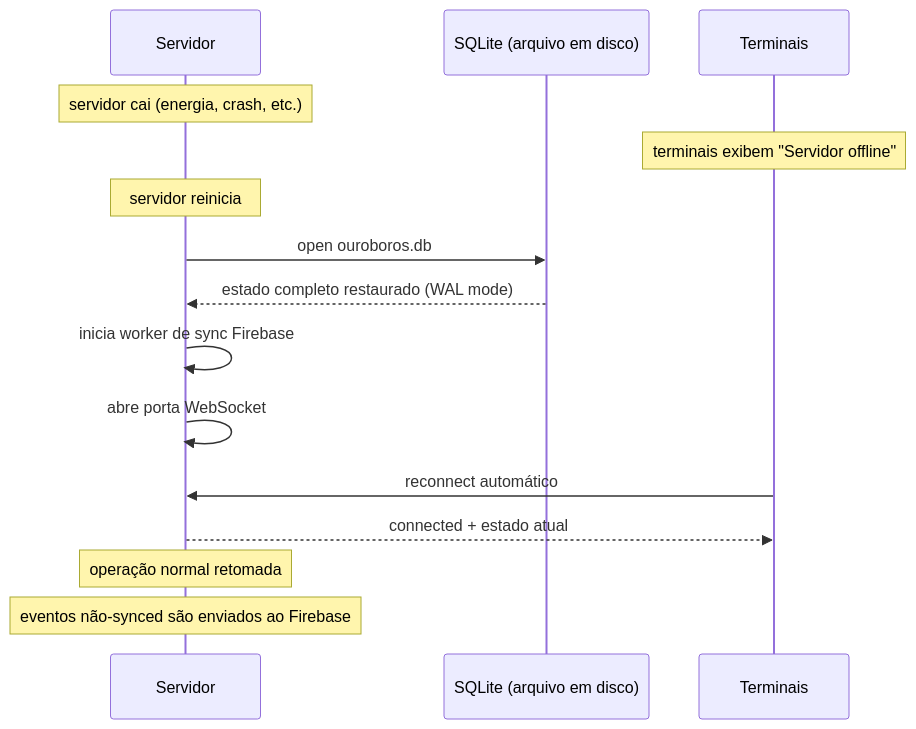
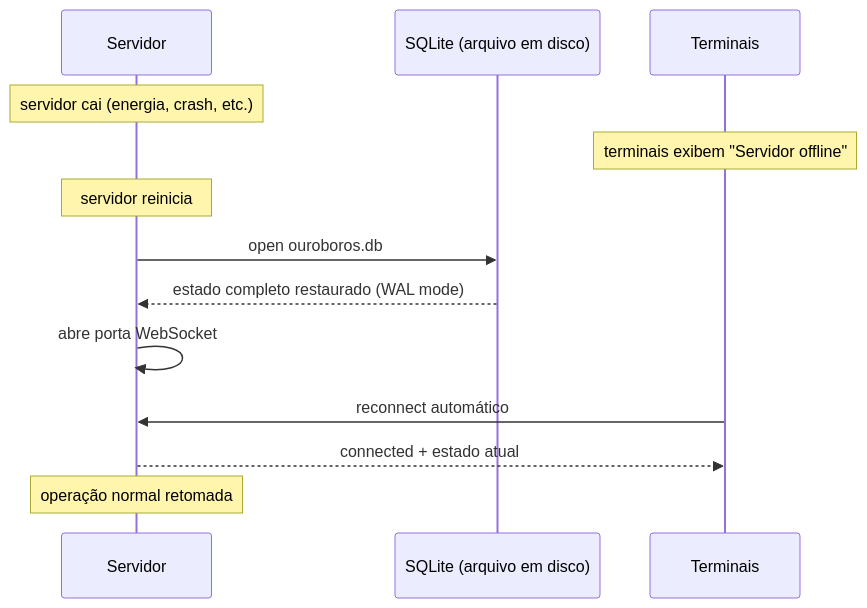
Before and after one commit to fiorionrails/feira-da-troca: the fifth of 5 diagrams in docs/diagrams/sequence.md, drawn with Mermaid. The commit also changed other lines of this file and 3 other files, not shown here.

````diff
--- a/docs/diagrams/sequence.md
+++ b/docs/diagrams/sequence.md
@@ -148,22 +149,20 @@
 ```mermaid
 sequenceDiagram
     participant Servidor
     participant DB as SQLite (arquivo em disco)
     participant Terminais
 
     Note over Servidor: servidor cai (energia, crash, etc.)
     Note over Terminais: terminais exibem "Servidor offline"
     
     Note over Servidor: servidor reinicia
     Servidor->>DB: open ouroboros.db
     DB-->>Servidor: estado completo restaurado (WAL mode)
     
-    Servidor->>Servidor: inicia worker de sync Firebase
     Servidor->>Servidor: abre porta WebSocket
     
     Terminais->>Servidor: reconnect automático
     Servidor-->>Terminais: connected + estado atual
     
     Note over Servidor: operação normal retomada
-    Note over Servidor: eventos não-synced são enviados ao Firebase
 ```
````
